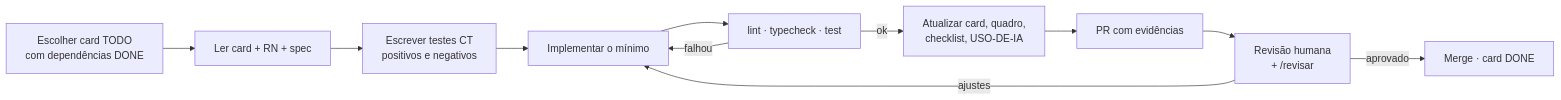
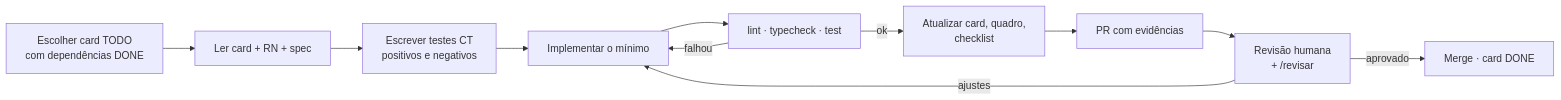
One commit to mathfrancisco/verzel-casa-de-leiloes changed the diagram in ai/README.md. Above: the diagram before and after it, drawn with Mermaid. The commit also changed other lines of this file and 31 other files, not shown here.

````diff
--- a/ai/README.md
+++ b/ai/README.md
@@ -36,13 +36,13 @@
 ```mermaid
 flowchart LR
     A[Escolher card TODO<br/>com dependências DONE] --> B[Ler card + RN + spec]
     B --> C[Escrever testes CT<br/>positivos e negativos]
     C --> D[Implementar o mínimo]
     D --> E[lint · typecheck · test]
     E -->|falhou| D
-    E -->|ok| F[Atualizar card, quadro,<br/>checklist, USO-DE-IA]
+    E -->|ok| F[Atualizar card, quadro,<br/>checklist]
     F --> G[PR com evidências]
     G --> H[Revisão humana<br/>+ /revisar]
     H -->|ajustes| D
     H -->|aprovado| I[Merge · card DONE]
 ```
````
